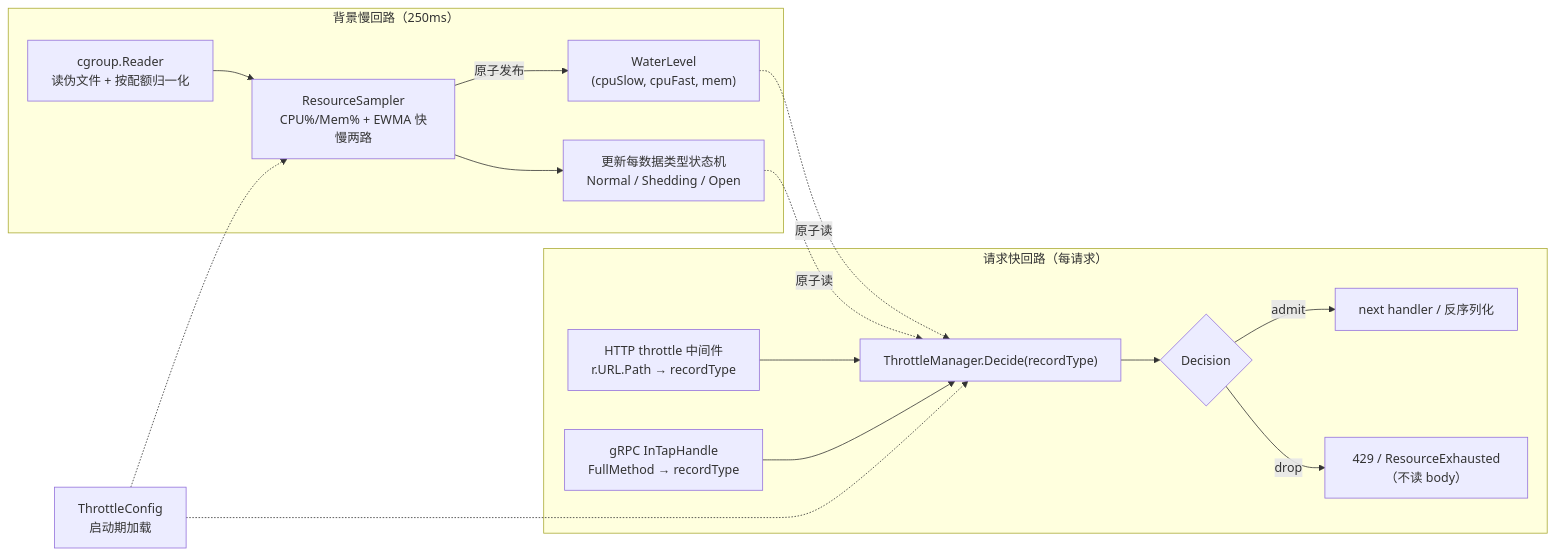
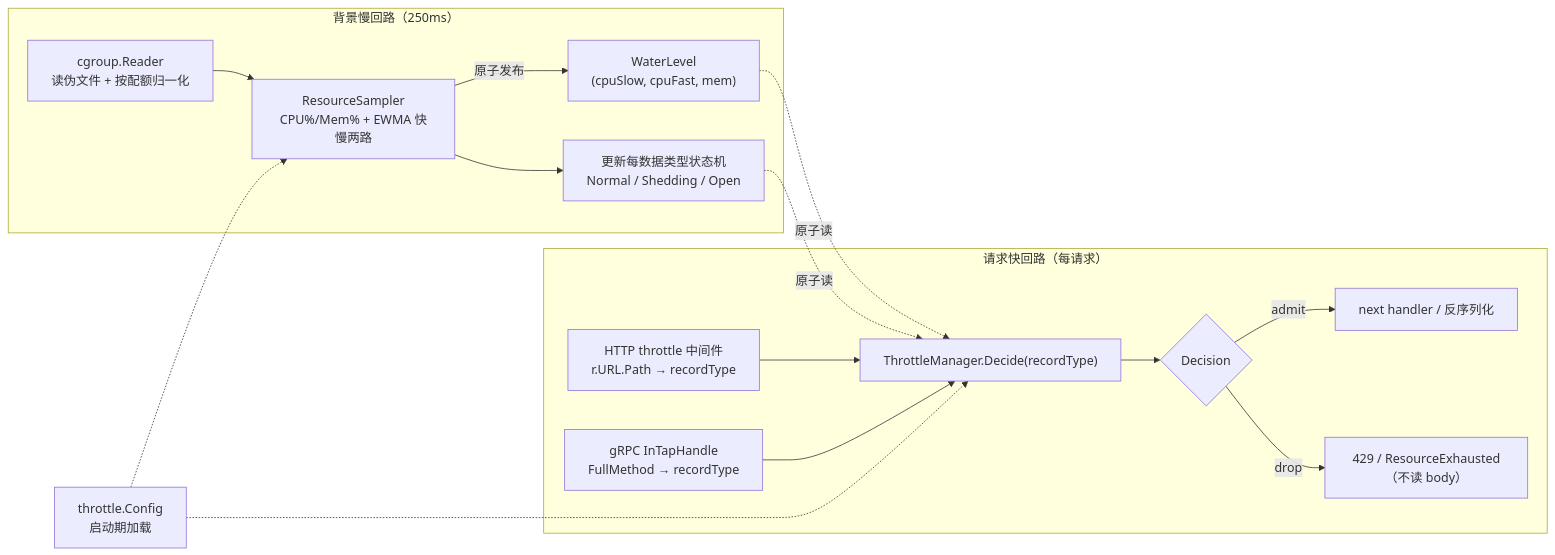
The first of 3 diagrams in knowledge/bkmonitor-datalink/issues/2026-06-10-collector-adaptive-throttling/PLAN.md (ZhuoZhuoCrayon/ai-workspace), drawn with Mermaid before and after one commit. The commit also changed other lines of this file, not shown here.

````diff
--- a/knowledge/bkmonitor-datalink/issues/2026-06-10-collector-adaptive-throttling/PLAN.md
+++ b/knowledge/bkmonitor-datalink/issues/2026-06-10-collector-adaptive-throttling/PLAN.md
@@ -96,19 +95,19 @@
 ```mermaid
 flowchart LR
     subgraph BG["背景慢回路（250ms）"]
         CG["cgroup.Reader<br/>读伪文件 + 按配额归一化"] --> S["ResourceSampler<br/>CPU%/Mem% + EWMA 快慢两路"]
         S -->|原子发布| WL["WaterLevel<br/>(cpuSlow, cpuFast, mem)"]
         S --> ST["更新每数据类型状态机<br/>Normal / Shedding / Open"]
     end
     subgraph REQ["请求快回路（每请求）"]
         HTTP["HTTP throttle 中间件<br/>r.URL.Path → recordType"] --> M["ThrottleManager.Decide(recordType)"]
         GRPC["gRPC InTapHandle<br/>FullMethod → recordType"] --> M
         M --> D{"Decision"}
         D -->|admit| NEXT["next handler / 反序列化"]
         D -->|drop| REJ["429 / ResourceExhausted（不读 body）"]
     end
     WL -.原子读.-> M
     ST -.原子读.-> M
-    CFG["ThrottleConfig<br/>启动期加载"] -.-> S
+    CFG["throttle.Config<br/>启动期加载"] -.-> S
     CFG -.-> M
 ```
````
